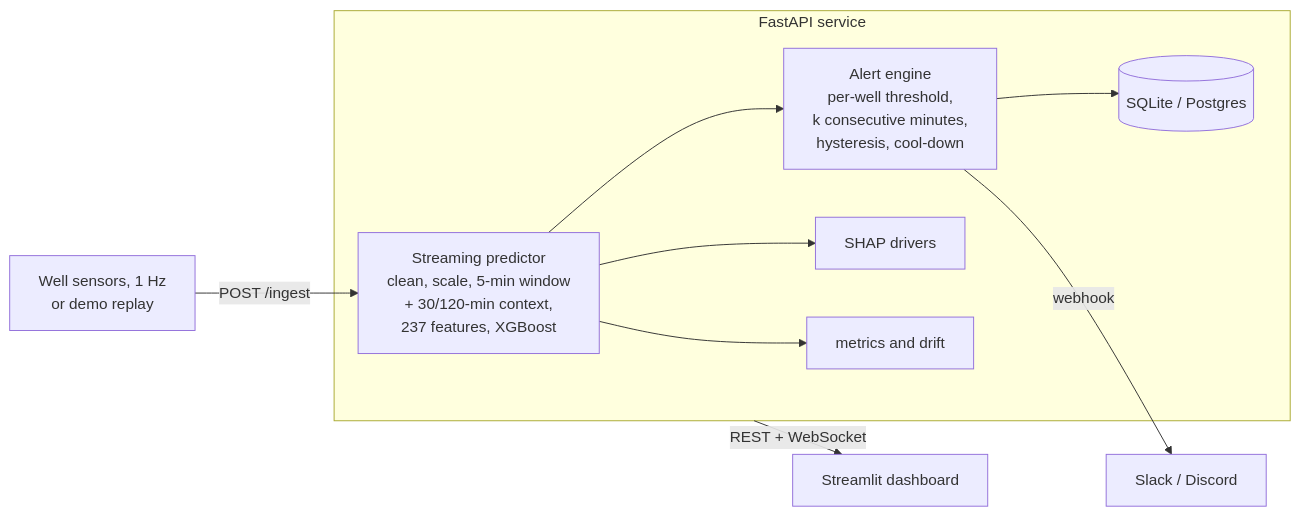
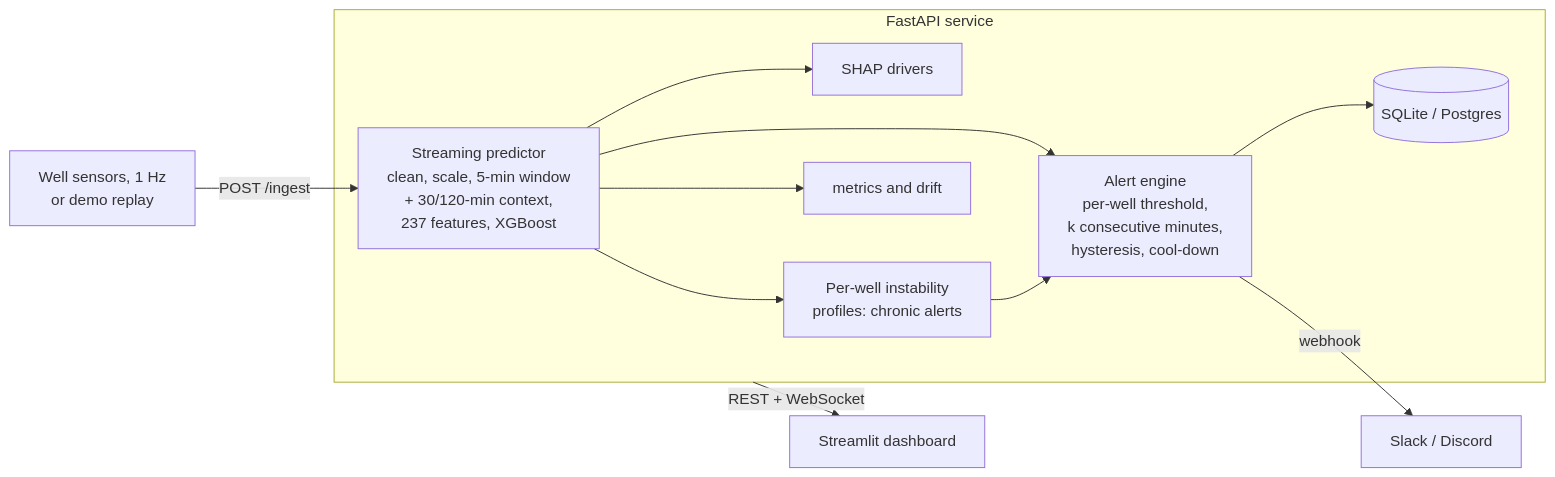
One commit to nomad-gokul/Oil-Well-Fault-Detection- changed the diagram in README.md. Above: the diagram before and after it, drawn with Mermaid. The commit also changed other lines of this file and 28 other files, not shown here.

First line of the commit message:
Add per-well chronic flow-instability profiles with an operator feedback loop

````diff
--- a/README.md
+++ b/README.md
@@ -42,12 +60,14 @@
 ```mermaid
 flowchart LR
     S[Well sensors, 1 Hz<br/>or demo replay] -->|POST /ingest| P
     subgraph API [FastAPI service]
       P[Streaming predictor<br/>clean, scale, 5-min window<br/>+ 30/120-min context,<br/>237 features, XGBoost] --> A[Alert engine<br/>per-well threshold,<br/>k consecutive minutes,<br/>hysteresis, cool-down]
       P --> X[SHAP drivers]
+      P --> C[Per-well instability<br/>profiles: chronic alerts]
+      C --> A
       A --> DB[(SQLite / Postgres)]
       P --> M[metrics and drift]
     end
     API -->|REST + WebSocket| D[Streamlit dashboard]
     A -->|webhook| W[Slack / Discord]
 ```
````
